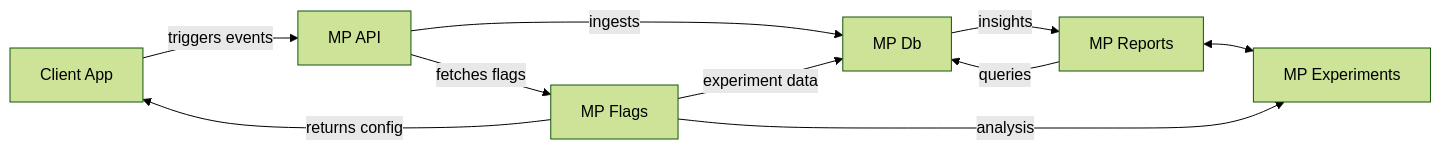
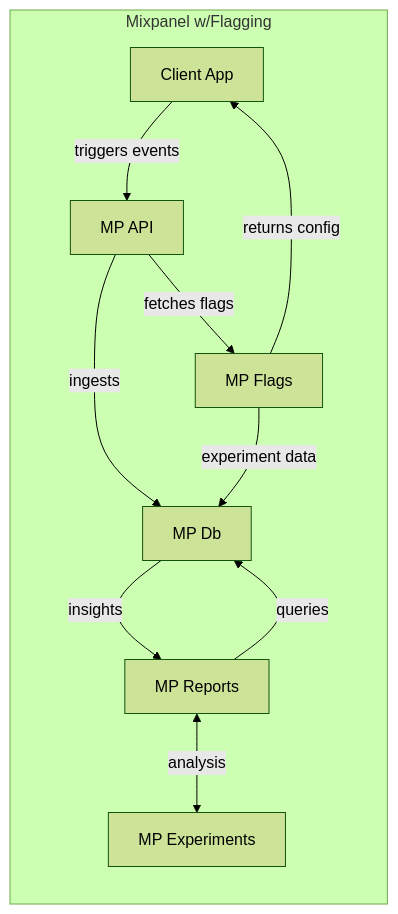
The second of 2 diagrams in README.md (optiblackcode/fixpanel), drawn with Mermaid (forest theme) before and after one commit. The commit also changed other lines of this file, not shown here.

Commit message:
cleaner diagram

````diff
--- a/README.md
+++ b/README.md
@@ -166,12 +174,16 @@
 ```mermaid
 flowchart LR
-  A[Client App] -->|triggers events| B[MP API]
-  B -->|fetches flags| C[MP Flags]
-  B -->|ingests| D[MP Db]
-  E -->|queries| D[MP Db]
-  D -->|insights| E[MP Reports]
-  C --> |experiment data| D
-  C -->|returns config| A
-  E <--> F[MP Experiments]
-  C -->|analysis| F[MP Experiments] 
+    
+    subgraph " Mixpanel w/Flagging "
+        A[Client App]
+        A -->|triggers events| G[MP API]
+        G -->|fetches flags| H[MP Flags]
+        G -->|ingests| I[MP Db]
+        J[MP Reports] -->|queries| I
+        I -->|insights| J
+        H -->|experiment data| I
+        H -->|returns config| A
+        J <-->|analysis| K[MP Experiments]
+    end
+    
 ```
````
